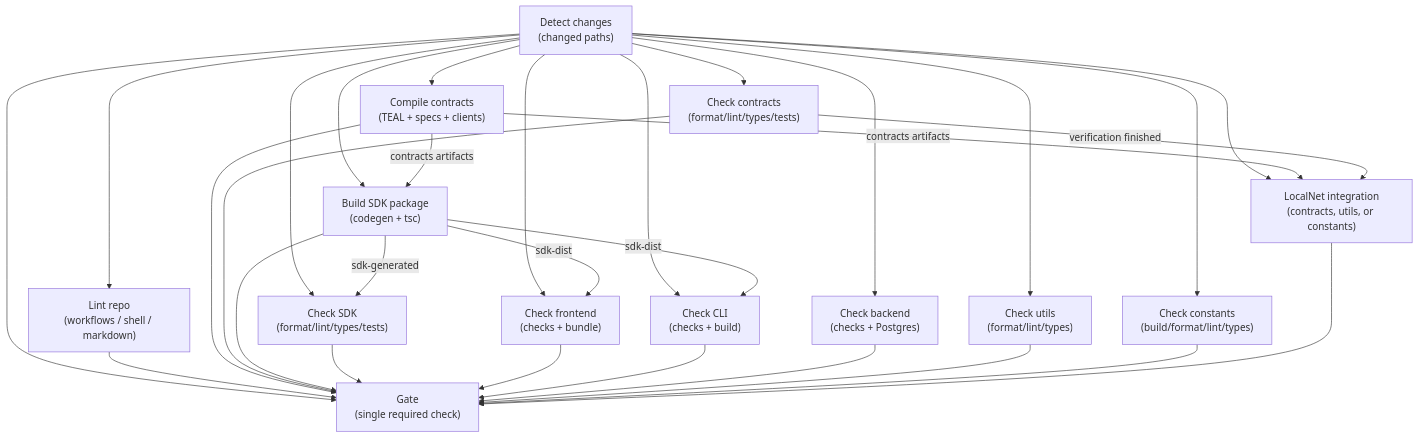
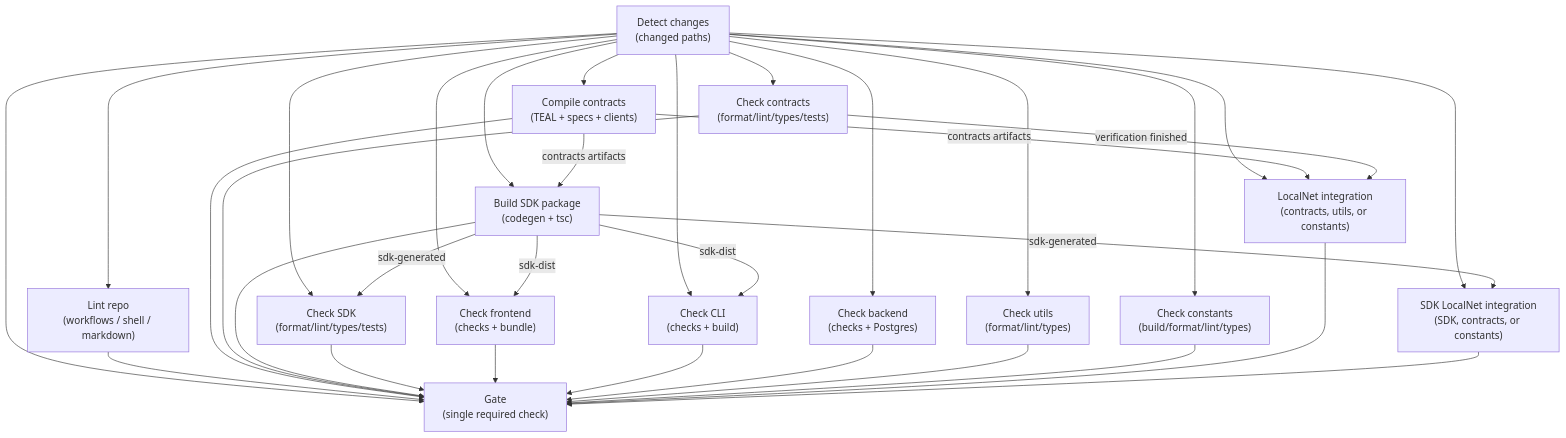
One commit to kasakame/kasakame changed the diagram in docs/ci.md. Above: the diagram before and after it, drawn with Mermaid. The commit also changed other lines of this file and 2 other files, not shown here.

First line of the commit message:
ci: run the SDK LocalNet suite in CI

````diff
--- a/docs/ci.md
+++ b/docs/ci.md
@@ -97,46 +98,50 @@
 ```mermaid
 flowchart TD
     changes["Detect changes<br/>(changed paths)"]
     repo["Lint repo<br/>(workflows / shell / markdown)"]
     buildc["Compile contracts<br/>(TEAL + specs + clients)"]
     contracts["Check contracts<br/>(format/lint/types/tests)"]
     buildsdk["Build SDK package<br/>(codegen + tsc)"]
     sdk["Check SDK<br/>(format/lint/types/tests)"]
     frontend["Check frontend<br/>(checks + bundle)"]
     cli["Check CLI<br/>(checks + build)"]
     backend["Check backend<br/>(checks + Postgres)"]
     utils["Check utils<br/>(format/lint/types)"]
     constants["Check constants<br/>(build/format/lint/types)"]
     integration["LocalNet integration<br/>(contracts, utils, or constants)"]
+    integrationsdk["SDK LocalNet integration<br/>(SDK, contracts, or constants)"]
     gate["Gate<br/>(single required check)"]
 
     changes --> repo
     changes --> buildc
     changes --> contracts
     changes --> buildsdk
     changes --> sdk
     changes --> frontend
     changes --> cli
     changes --> backend
     changes --> utils
     changes --> constants
     changes --> integration
+    changes --> integrationsdk
     changes --> gate
     buildc -->|"contracts artifacts"| buildsdk
     buildc -->|"contracts artifacts"| integration
     contracts -->|"verification finished"| integration
     buildsdk -->|"sdk-generated"| sdk
+    buildsdk -->|"sdk-generated"| integrationsdk
     buildsdk -->|"sdk-dist"| frontend
     buildsdk -->|"sdk-dist"| cli
     repo --> gate
     buildc --> gate
     contracts --> gate
     buildsdk --> gate
     sdk --> gate
     frontend --> gate
     cli --> gate
     backend --> gate
     utils --> gate
     constants --> gate
     integration --> gate
+    integrationsdk --> gate
 ```
````
